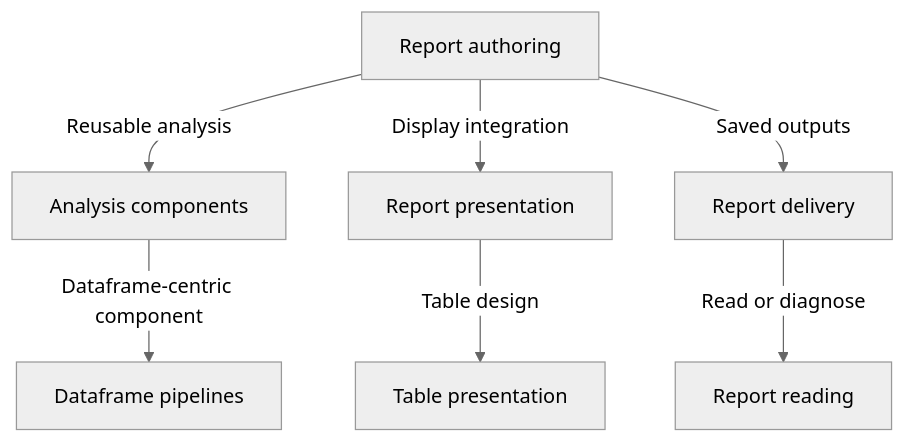
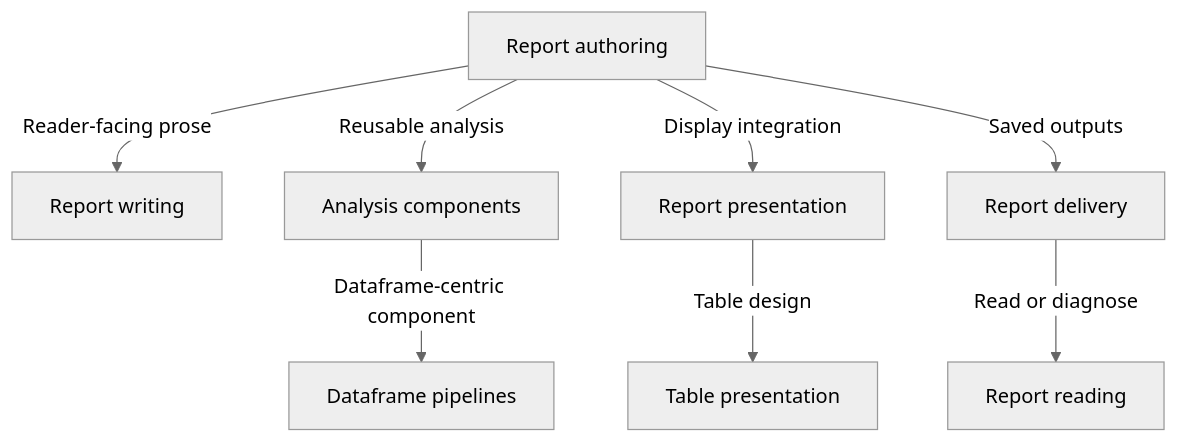
Before and after one commit to deephbz/aesthetic-taste: the diagram in .agents/skills/ask-aesthetic-taste/SKILL.md, drawn with Mermaid (neutral theme). The commit also changed other lines of this file and 3 other files, not shown here.

First line of the commit message:
Add the report-writing skill

````diff
--- a/.agents/skills/ask-aesthetic-taste/SKILL.md
+++ b/.agents/skills/ask-aesthetic-taste/SKILL.md
@@ -31,9 +33,10 @@
 ```mermaid
 flowchart TD
-  A[Report authoring] -->|Reusable analysis| C[Analysis components]
+  A[Report authoring] -->|Reader-facing prose| W[Report writing]
+  A -->|Reusable analysis| C[Analysis components]
   C -->|Dataframe-centric component| F[Dataframe pipelines]
   A -->|Display integration| P[Report presentation]
   P -->|Table design| T[Table presentation]
   A -->|Saved outputs| D[Report delivery]
   D -->|Read or diagnose| R[Report reading]
 ```
````
